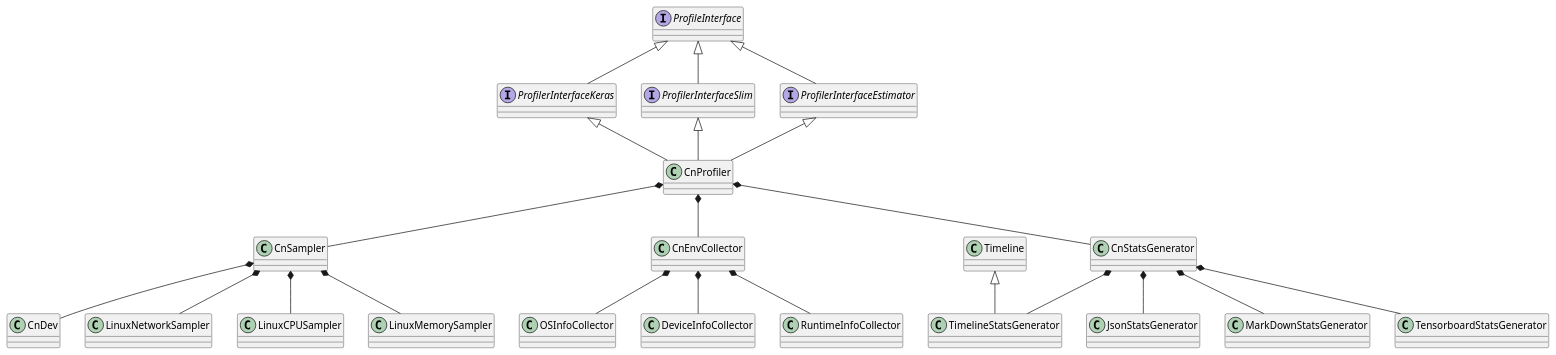
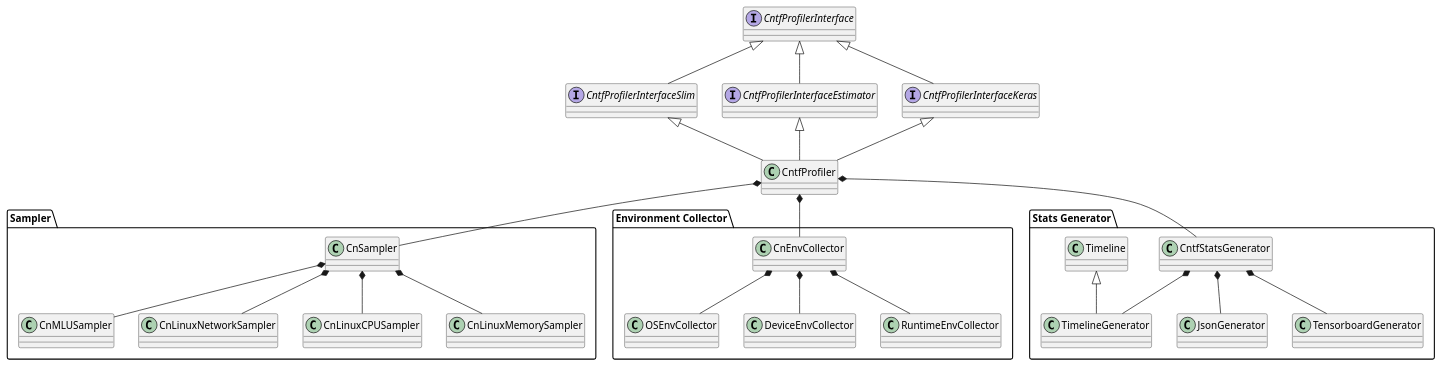
One commit to HermanYang/yangxy.me changed the diagram in _includes/umls/cambricon_profiler/cambricon-profiler-class.plantuml. Above: the diagram before and after it, drawn with PlantUML. The commit also changed 8 other files, not shown here.

```diff
--- a/_includes/umls/cambricon_profiler/cambricon-profiler-class.plantuml
+++ b/_includes/umls/cambricon_profiler/cambricon-profiler-class.plantuml
@@ -1,50 +1,55 @@
 @startuml
-interface ProfileInterface
-interface ProfilerInterfaceKeras
-interface ProfilerInterfaceSlim
-interface ProfilerInterfaceEstimator
 
-ProfileInterface <|-- ProfilerInterfaceEstimator
-ProfileInterface <|-- ProfilerInterfaceKeras
-ProfileInterface <|-- ProfilerInterfaceSlim
+interface CntfProfilerInterface
+interface CntfProfilerInterfaceSlim
+interface CntfProfilerInterfaceEstimator
+interface CntfProfilerInterfaceKeras
 
-class CnProfiler
+CntfProfilerInterface <|-- CntfProfilerInterfaceSlim
+CntfProfilerInterface <|-- CntfProfilerInterfaceEstimator
+CntfProfilerInterface <|-- CntfProfilerInterfaceKeras
 
-ProfilerInterfaceEstimator <|-- CnProfiler
-ProfilerInterfaceKeras <|-- CnProfiler
-ProfilerInterfaceSlim <|-- CnProfiler
+class CntfProfiler
+CntfProfilerInterfaceSlim <|-- CntfProfiler
+CntfProfilerInterfaceEstimator <|-- CntfProfiler
+CntfProfilerInterfaceKeras <|-- CntfProfiler
 
-class CnSampler
-class CnDev
-class LinuxNetworkSampler
-class LinuxCPUSampler
-class LinuxMemorySampler
-CnSampler *-- CnDev
-CnSampler *-- LinuxCPUSampler
-CnSampler *-- LinuxNetworkSampler
-CnSampler *-- LinuxMemorySampler
 
-class CnEnvCollector
-class OSInfoCollector
-class DeviceInfoCollector
-class RuntimeInfoCollector
-CnEnvCollector *-- OSInfoCollector
-CnEnvCollector *-- DeviceInfoCollector
-CnEnvCollector *-- RuntimeInfoCollector
+package Sampler {
+    class CnSampler
+    class CnMLUSampler
+    class CnLinuxNetworkSampler
+    class CnLinuxCPUSampler
+    class CnLinuxMemorySampler
+    CnSampler *-- CnMLUSampler
+    CnSampler *-- CnLinuxCPUSampler
+    CnSampler *-- CnLinuxNetworkSampler
+    CnSampler *-- CnLinuxMemorySampler
+}
 
-class CnStatsGenerator
-class Timeline 
-class TimelineStatsGenerator
-Timeline <|-- TimelineStatsGenerator
-class JsonStatsGenerator
-class MarkDownStatsGenerator
-class TensorboardStatsGenerator
-CnStatsGenerator *-- TimelineStatsGenerator
-CnStatsGenerator *-- JsonStatsGenerator
-CnStatsGenerator *-- MarkDownStatsGenerator
-CnStatsGenerator *-- TensorboardStatsGenerator
+package "Environment Collector"{
+    class CnEnvCollector
+    class OSEnvCollector
+    class DeviceEnvCollector
+    class RuntimeEnvCollector
+    CnEnvCollector *-- OSEnvCollector
+    CnEnvCollector *-- DeviceEnvCollector
+    CnEnvCollector *-- RuntimeEnvCollector
+}
 
-CnProfiler *-- CnSampler
-CnProfiler *-- CnEnvCollector
-CnProfiler *-- CnStatsGenerator
+package "Stats Generator"{
+    class CntfStatsGenerator
+    class Timeline 
+    class TimelineGenerator
+    Timeline <|-- TimelineGenerator
+    class JsonGenerator
+    class TensorboardGenerator
+    CntfStatsGenerator *-- TimelineGenerator
+    CntfStatsGenerator *-- JsonGenerator
+    CntfStatsGenerator *-- TensorboardGenerator
+}
+
+CntfProfiler *-- CnSampler
+CntfProfiler *-- CnEnvCollector
+CntfProfiler *-- CntfStatsGenerator
 @enduml
```
